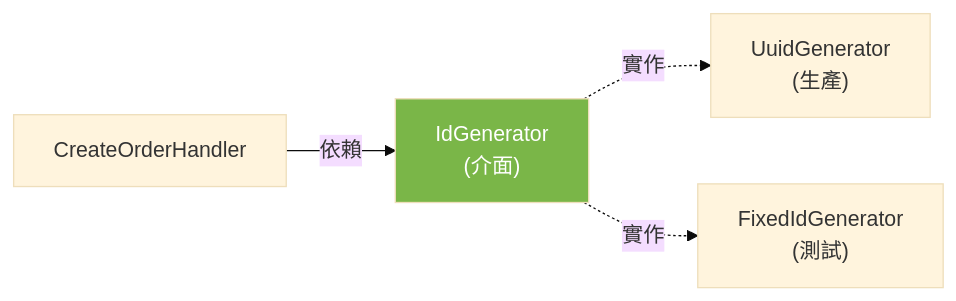
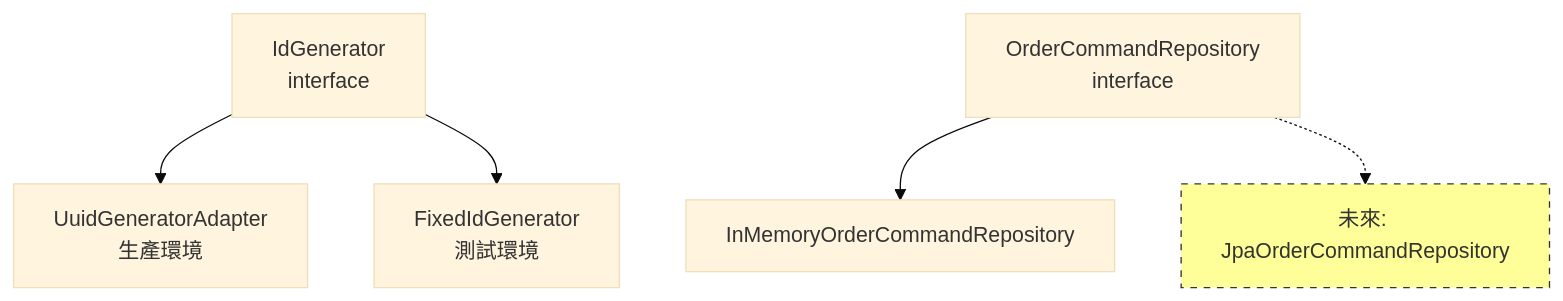
The tenth of 14 diagrams in README.md (ChunPingWang/solid-hexagonal-cqrs-tutorial), drawn with Mermaid (base theme) before and after one commit. The commit also changed other lines of this file and 89 other files, not shown here.

````diff
--- a/README.md
+++ b/README.md
@@ -732,14 +456,10 @@
 ```mermaid
-graph LR
-    Interface["IdGenerator<br/>(介面)"]
-    UUID["UuidGenerator<br/>(生產)"]
-    Fixed["FixedIdGenerator<br/>(測試)"]
+graph TB
+    A["IdGenerator<br/>interface"] --> B["UuidGeneratorAdapter<br/>生產環境"]
+    A --> C["FixedIdGenerator<br/>測試環境"]
 
-    Interface -.->|實作| UUID
-    Interface -.->|實作| Fixed
+    D["OrderCommandRepository<br/>interface"] --> E["InMemoryOrderCommandRepository"]
+    D -.-> F["未來: JpaOrderCommandRepository"]
 
-    Handler["CreateOrderHandler"]
-    Handler -->|依賴| Interface
-
-    style Interface fill:#7ab648,color:#fff
+    style F fill:#ff9,stroke:#333,stroke-dasharray: 5 5
 ```
````
